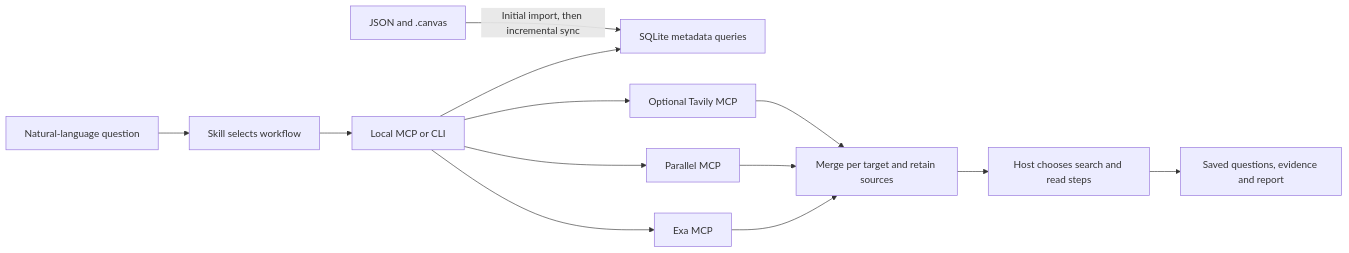
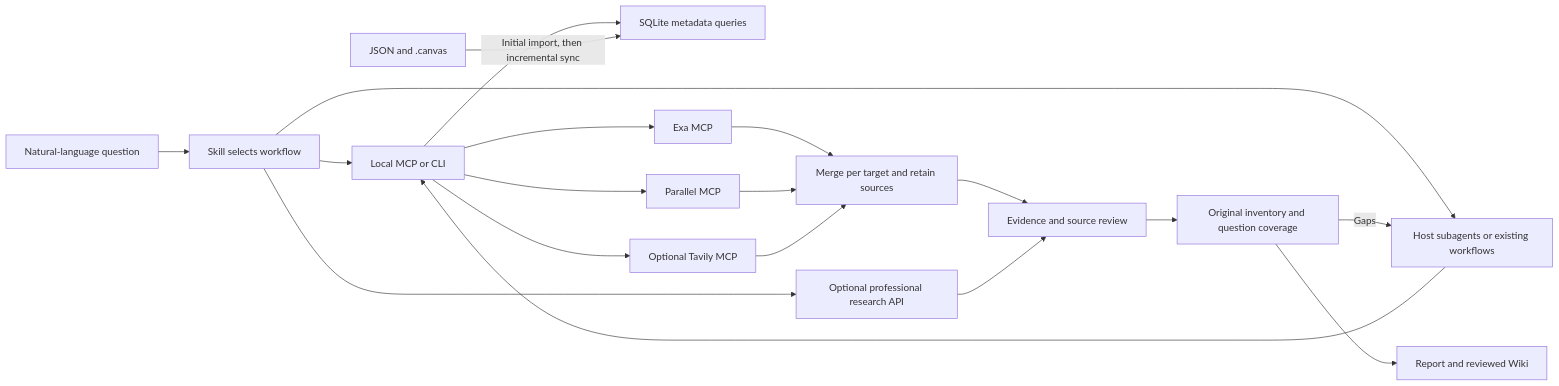
The diagram in README.md (Browser-bookmark-hub/Bookmark-Research), drawn with Mermaid before and after one commit. The commit also changed other lines of this file and 95 other files, not shown here.

````diff
--- a/README.md
+++ b/README.md
@@ -78,15 +87,21 @@
 ```mermaid
 flowchart LR
   U[Natural-language question] --> S[Skill selects workflow]
   S --> M[Local MCP or CLI]
   M --> Q[SQLite metadata queries]
   J[JSON and .canvas] -->|Initial import, then incremental sync| Q
   M --> E[Exa MCP]
   M --> P[Parallel MCP]
   M --> T[Optional Tavily MCP]
   E --> R[Merge per target and retain sources]
   P --> R
   T --> R
-  R --> D[Host chooses search and read steps]
-  D --> L[Saved questions, evidence and report]
+  S --> H[Host subagents or existing workflows]
+  S --> A[Optional professional research API]
+  H --> M
+  R --> D[Evidence and source review]
+  A --> D
+  D --> C[Original inventory and question coverage]
+  C -->|Gaps| H
+  C --> L[Report and reviewed Wiki]
 ```
````
